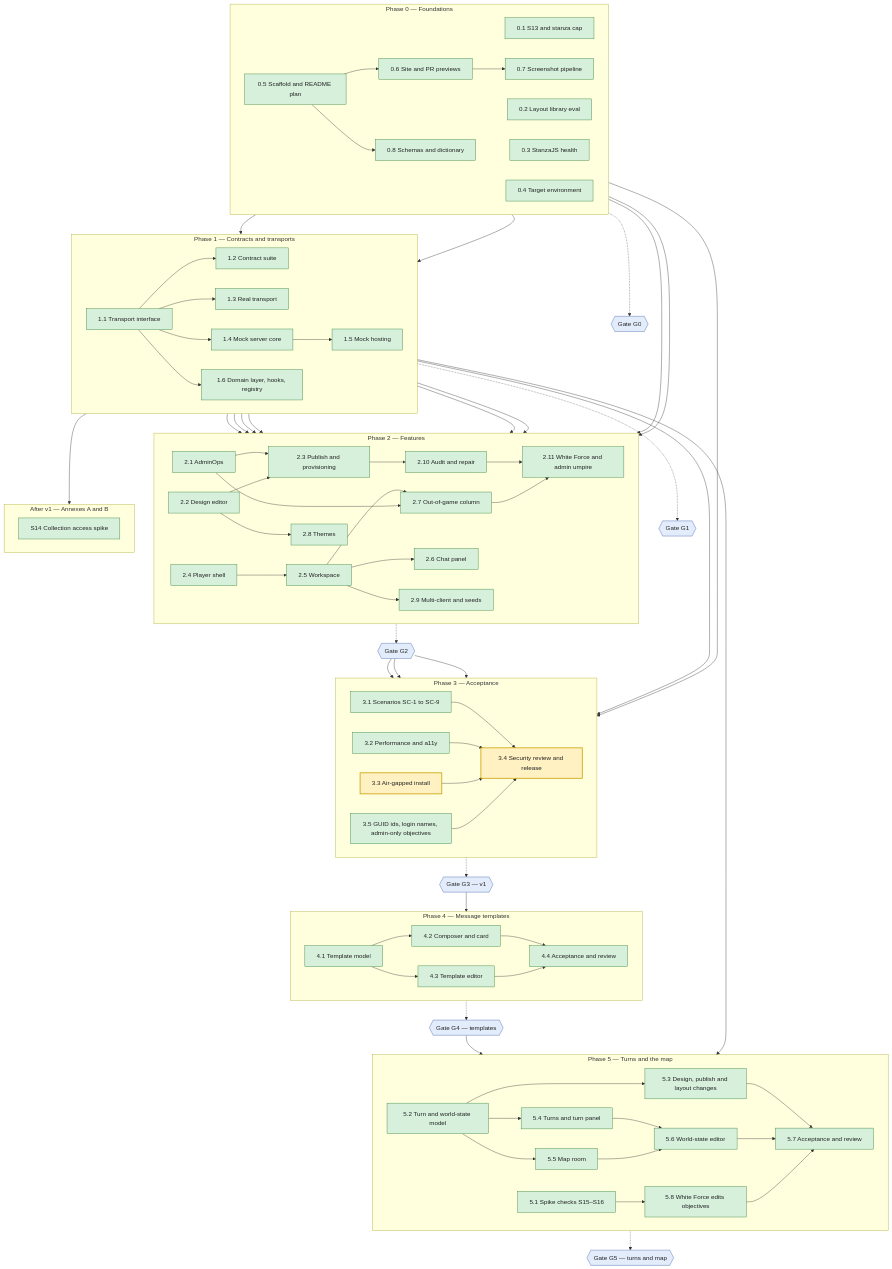
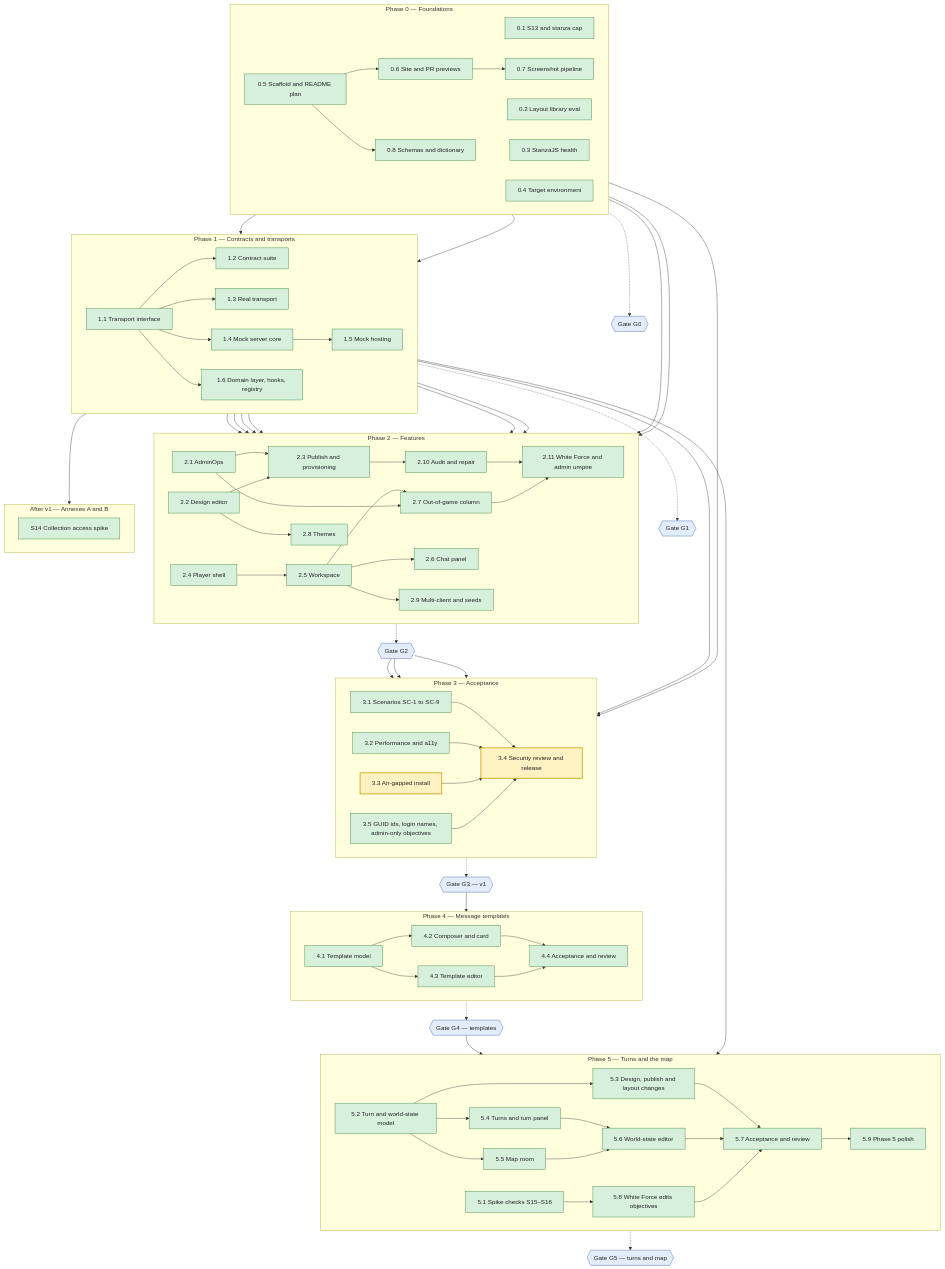
Before and after one commit to serge-web/war-rooms-x2: the diagram in README.md, drawn with Mermaid. The commit also changed 6 other files, not shown here.

First line of the commit message:
WP 5.9 done: reviews, plan row, chart node and release notes

````diff
--- a/README.md
+++ b/README.md
@@ -67,6 +67,7 @@
         wp56["5.6 World-state editor"]
         wp58["5.8 White Force edits objectives"]
         wp57["5.7 Acceptance and review"]
+        wp59["5.9 Phase 5 polish"]
     end
     subgraph PX["After v1 — Annexes A and B"]
         direction LR
@@ -112,13 +113,14 @@
     wp54 & wp55 --> wp56
     wp51 --> wp58
     wp53 & wp56 & wp58 --> wp57
+    wp57 --> wp59
     P5 -.-> G5
 
     classDef todo fill:#f2f2f2,stroke:#888,color:#222
     classDef active fill:#fff1c2,stroke:#c9a000,color:#222,stroke-width:2px
     classDef done fill:#d6f0dc,stroke:#2e7d32,color:#222
     classDef gate fill:#e3ecfa,stroke:#3b5bab,color:#222
-    class wp01,wp02,wp03,wp04,wp05,wp06,wp07,wp08,wp11,wp12,wp13,wp14,wp15,wp16,wp21,wp22,wp23,wp24,wp25,wp26,wp27,wp28,wp29,wp210,wp211,wp31,wp32,wp35,wps14,wp41,wp42,wp43,wp44,wp51,wp58,wp52,wp54,wp53,wp55,wp56,wp57 done
+    class wp01,wp02,wp03,wp04,wp05,wp06,wp07,wp08,wp11,wp12,wp13,wp14,wp15,wp16,wp21,wp22,wp23,wp24,wp25,wp26,wp27,wp28,wp29,wp210,wp211,wp31,wp32,wp35,wps14,wp41,wp42,wp43,wp44,wp51,wp58,wp52,wp54,wp53,wp55,wp56,wp57,wp59 done
     class wp33,wp34 active
     class G0,G1,G2,G3,G4,G5 gate
 ```
````
